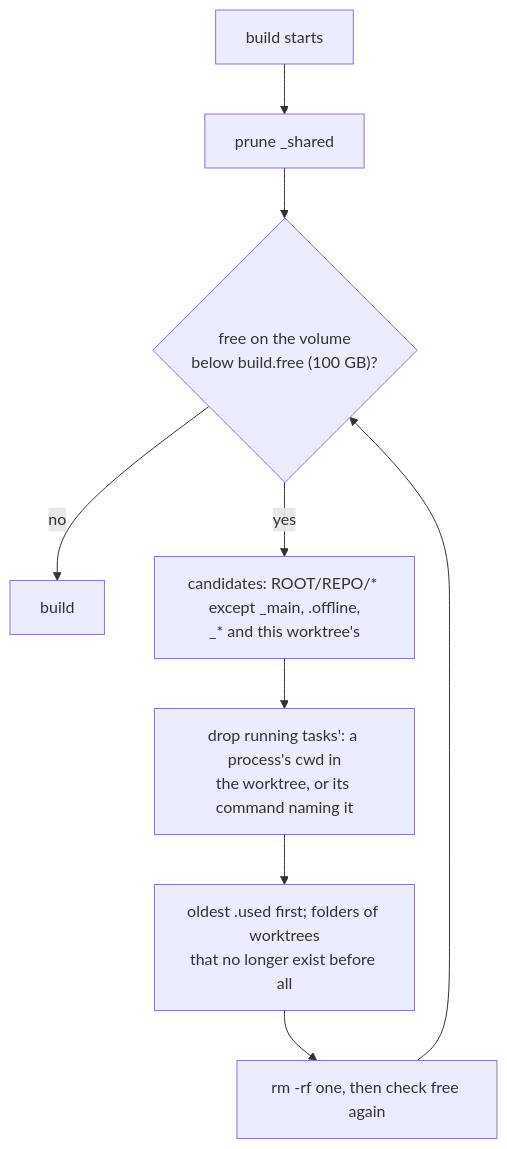
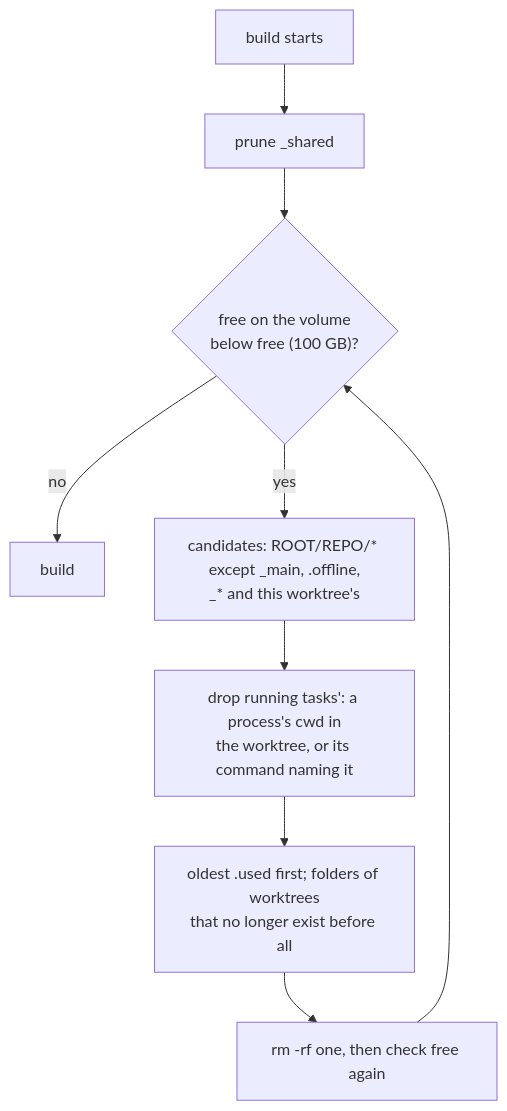
Before and after one commit to tampopogk/kanna: the fourth of 4 diagrams in docs/specs/build-store.md, drawn with Mermaid. The commit also changed other lines of this file and 9 other files, not shown here.

````diff
--- a/docs/specs/build-store.md
+++ b/docs/specs/build-store.md
@@ -135,11 +135,11 @@
 ```mermaid
 flowchart TD
     A["build starts"] --> P["prune _shared"]
-    P --> B{"free on the volume<br/>below build.free (100 GB)?"}
+    P --> B{"free on the volume<br/>below free (100 GB)?"}
     B -->|no| Z["build"]
     B -->|yes| C["candidates: ROOT/REPO/* except _main, .offline,<br/>_* and this worktree's"]
     C --> D["drop running tasks': a process's cwd in<br/>the worktree, or its command naming it"]
     D --> E["oldest .used first; folders of worktrees<br/>that no longer exist before all"]
     E --> F["rm -rf one, then check free again"]
     F --> B
 ```
````
